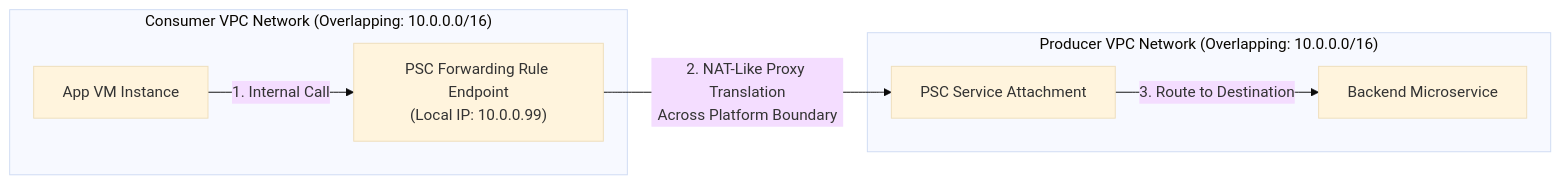
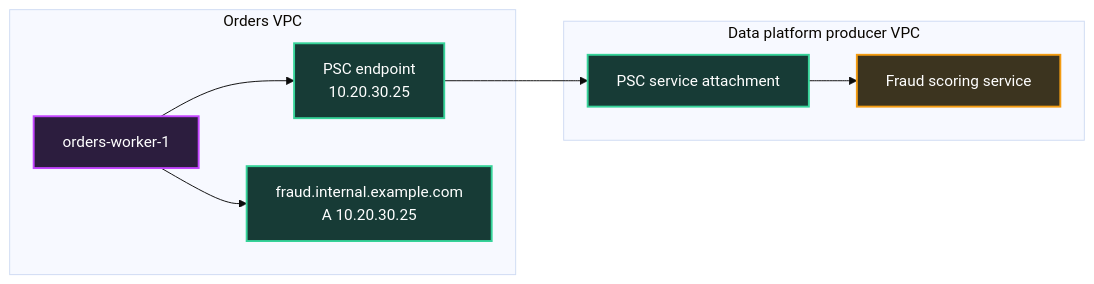
The third of 4 diagrams in cloud-providers/gcp/networking-connectivity/private-access.md (senlinyy/dev-roadmaps), drawn with Mermaid (base theme) before and after one commit. The commit also changed other lines of this file and 260 other files, not shown here.

````diff
--- a/cloud-providers/gcp/networking-connectivity/private-access.md
+++ b/cloud-providers/gcp/networking-connectivity/private-access.md
@@ -94,16 +123,22 @@
 ```mermaid
 flowchart LR
-    subgraph ConsumerVPC["Consumer VPC Network (Overlapping: 10.0.0.0/16)"]
-        AppVM["App VM Instance"]
-        PSCEndpoint["PSC Forwarding Rule Endpoint<br/>(Local IP: 10.0.0.99)"]
+    subgraph Orders["Orders VPC"]
+        App["orders-worker-1"]:::compute
+        Endpoint["PSC endpoint<br/>10.20.30.25"]:::network
+        DNS["fraud.internal.example.com<br/>A 10.20.30.25"]:::network
     end
 
-    subgraph ProducerVPC["Producer VPC Network (Overlapping: 10.0.0.0/16)"]
-        PSCAttachment["PSC Service Attachment"]
-        BackendService["Backend Microservice"]
+    subgraph Producer["Data platform producer VPC"]
+        Attachment["PSC service attachment"]:::network
+        Service["Fraud scoring service"]:::service
     end
 
-    AppVM -->|1. Internal Call| PSCEndpoint
-    PSCEndpoint -->|2. NAT-Like Proxy Translation<br/>Across Platform Boundary| PSCAttachment
-    PSCAttachment -->|3. Route to Destination| BackendService
+    App --> DNS
+    App --> Endpoint
+    Endpoint --> Attachment
+    Attachment --> Service
+
+    classDef compute fill:#2c1d3e,stroke:#c446ff,stroke-width:2px,color:#fff
+    classDef network fill:#173b36,stroke:#36d399,stroke-width:2px,color:#fff
+    classDef service fill:#3c341f,stroke:#f39c12,stroke-width:2px,color:#fff
 ```
````
